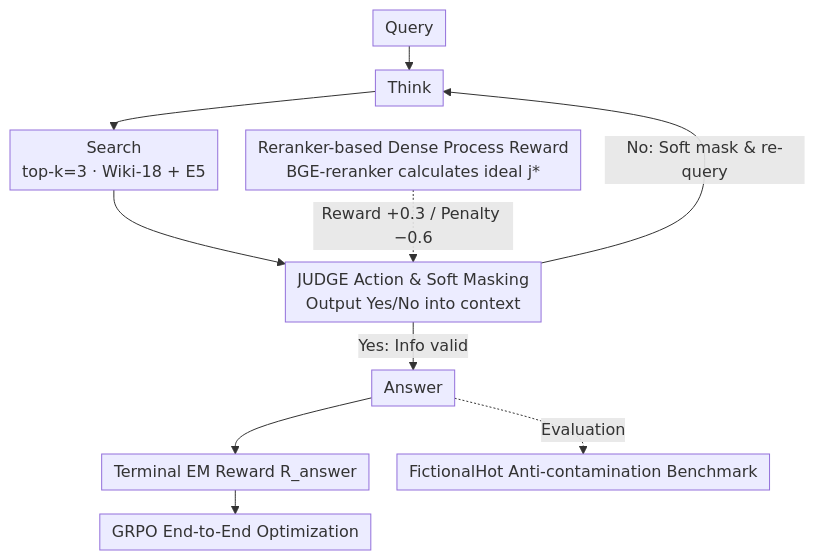
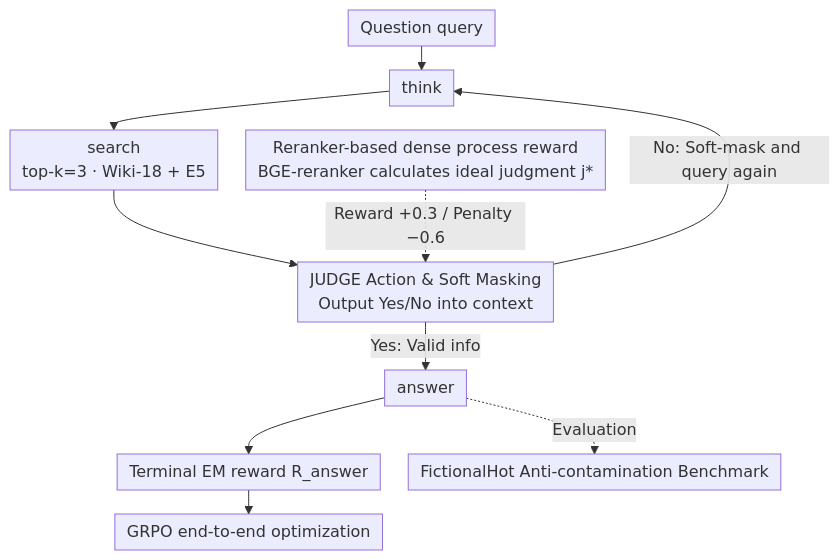
One commit to zhaoyang97/Paper-Notes-en changed the diagram in docs/ICML2026/information_retrieval/reseek_a_self-correcting_framework_for_search_agents_with_instructive_rewards.md. Above: the diagram before and after it, drawn with Mermaid. The commit also changed other lines of this file and 5084 other files, not shown here.

````diff
--- a/docs/ICML2026/information_retrieval/reseek_a_self-correcting_framework_for_search_agents_with_instructive_rewards.md
+++ b/docs/ICML2026/information_retrieval/reseek_a_self-correcting_framework_for_search_agents_with_instructive_rewards.md
@@ -43,13 +43,13 @@
 ```mermaid
 %%{init: {'flowchart': {'rankSpacing': 24, 'nodeSpacing': 28, 'padding': 6, 'wrappingWidth': 400}}}%%
 flowchart TD
-    Q["Query"] --> T["Think"]
-    T --> S["Search<br/>top-k=3 · Wiki-18 + E5"]
+    Q["Question query"] --> T["think"]
+    T --> S["search<br/>top-k=3 · Wiki-18 + E5"]
     S --> J["JUDGE Action & Soft Masking<br/>Output Yes/No into context"]
-    RR["Reranker-based Dense Process Reward<br/>BGE-reranker calculates ideal j*"] -.->|"Reward +0.3 / Penalty −0.6"| J
-    J -->|"No: Soft mask & re-query"| T
-    J -->|"Yes: Info valid"| A["Answer"]
-    A --> EM["Terminal EM Reward R_answer"]
-    EM --> G["GRPO End-to-End Optimization"]
+    RR["Reranker-based dense process reward<br/>BGE-reranker calculates ideal judgment j*"] -.->|"Reward +0.3 / Penalty −0.6"| J
+    J -->|"No: Soft-mask and query again"| T
+    J -->|"Yes: Valid info"| A["answer"]
+    A --> EM["Terminal EM reward R_answer"]
+    EM --> G["GRPO end-to-end optimization"]
     A -.Evaluation.-> F["FictionalHot Anti-contamination Benchmark"]
 ```
````
